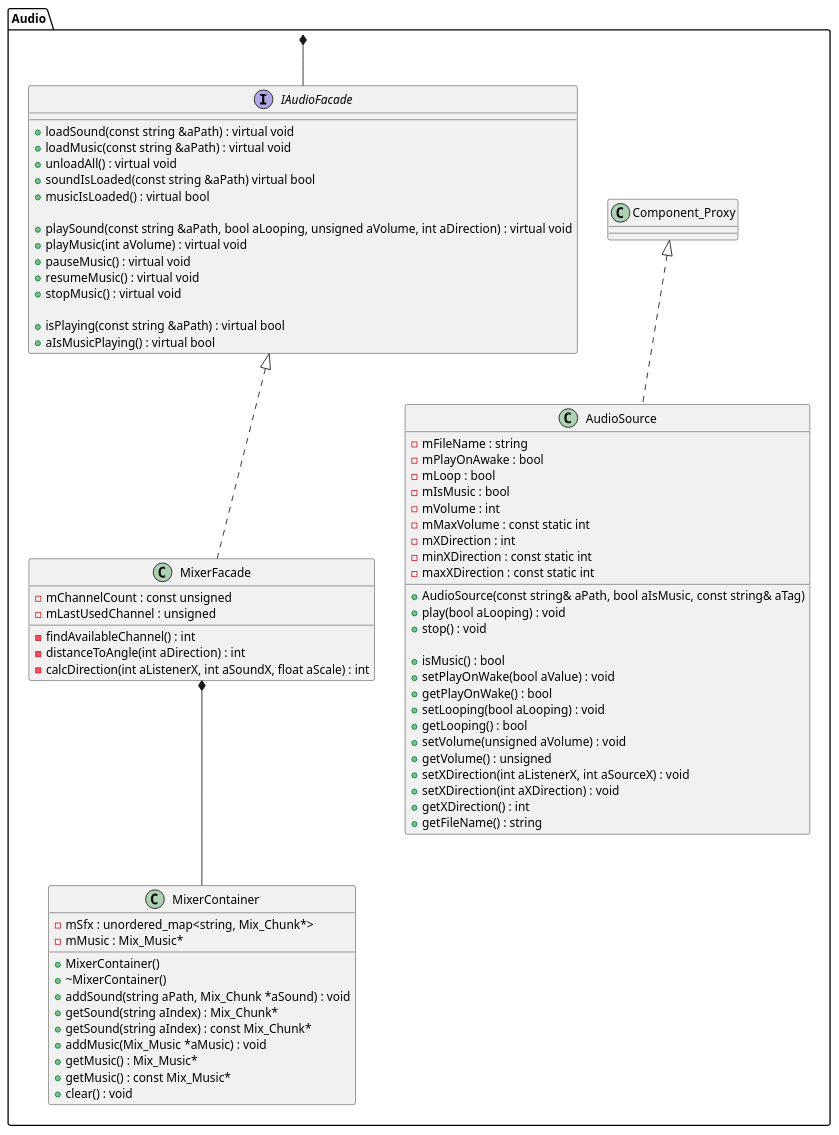
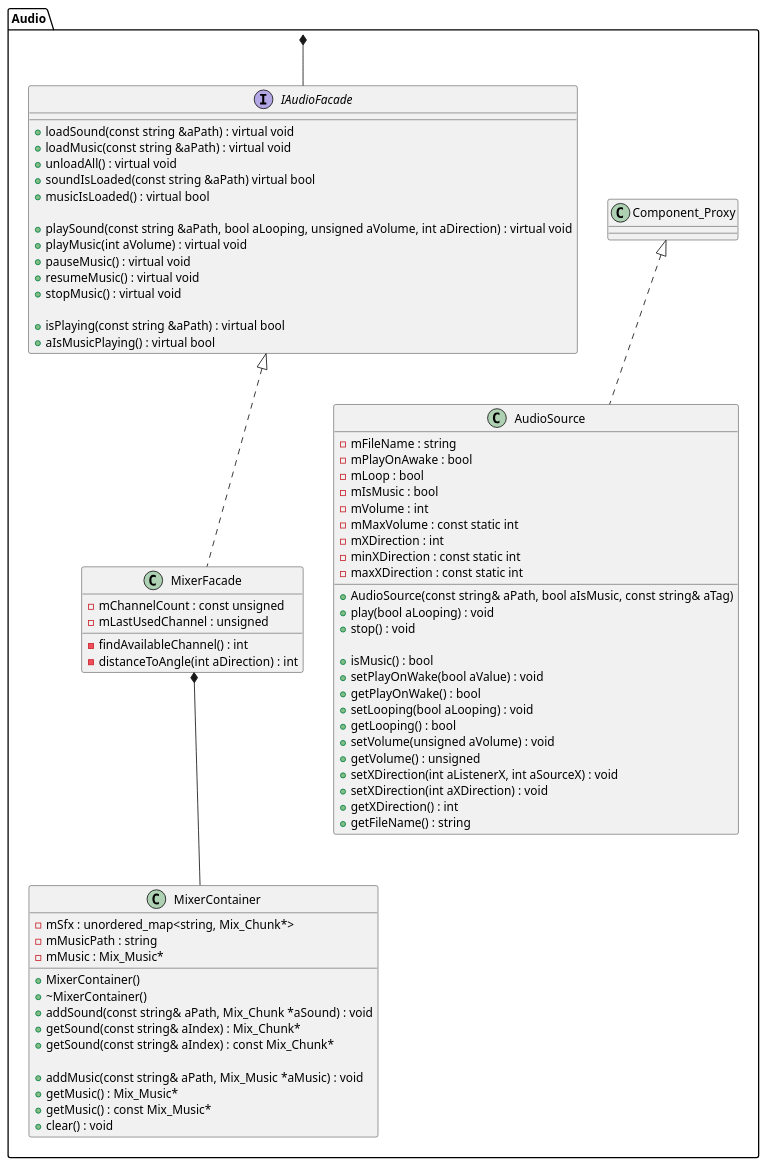
The diagram in docs/Diagrams/classDiagramPackages/audioPackage.puml (Seger01/GameEngine), drawn with PlantUML before and after one commit. The commit also changed 2 other files, not shown here.

Commit message:
Updated mixercontainer class diagram

```diff
--- a/docs/Diagrams/classDiagramPackages/audioPackage.puml
+++ b/docs/Diagrams/classDiagramPackages/audioPackage.puml
@@ -1,79 +1,80 @@
 @startuml audioPackageClassDiagram
 
 package Audio{
     class Component_Proxy {}
 
 class AudioSource implements Component_Proxy{
     - mFileName : string
     - mPlayOnAwake : bool
     - mLoop : bool
     - mIsMusic : bool
     - mVolume : int
     - mMaxVolume : const static int
     - mXDirection : int
     - minXDirection : const static int
     - maxXDirection : const static int
 
     + AudioSource(const string& aPath, bool aIsMusic, const string& aTag)
     + play(bool aLooping) : void
     + stop() : void 
 
     + isMusic() : bool
     + setPlayOnWake(bool aValue) : void
     + getPlayOnWake() : bool
     + setLooping(bool aLooping) : void
     + getLooping() : bool
     + setVolume(unsigned aVolume) : void
     + getVolume() : unsigned
     + setXDirection(int aListenerX, int aSourceX) : void
     + setXDirection(int aXDirection) : void
     + getXDirection() : int
     + getFileName() : string
 }
 
 interface IAudioFacade {
     + loadSound(const string &aPath) : virtual void
     + loadMusic(const string &aPath) : virtual void
     + unloadAll() : virtual void
     + soundIsLoaded(const string &aPath) virtual bool
     + musicIsLoaded() : virtual bool
     
     + playSound(const string &aPath, bool aLooping, unsigned aVolume, int aDirection) : virtual void
     + playMusic(int aVolume) : virtual void
 	+ pauseMusic() : virtual void
 	+ resumeMusic() : virtual void
 	+ stopMusic() : virtual void
     
     + isPlaying(const string &aPath) : virtual bool
     + aIsMusicPlaying() : virtual bool
 }
 
 class MixerFacade implements IAudioFacade {
     - mChannelCount : const unsigned
     - mLastUsedChannel : unsigned
     - findAvailableChannel() : int
     - distanceToAngle(int aDirection) : int
-    - calcDirection(int aListenerX, int aSoundX, float aScale) : int
 }
 
 class MixerContainer {
     - mSfx : unordered_map<string, Mix_Chunk*>
+    - mMusicPath : string
     - mMusic : Mix_Music*
     + MixerContainer()
     + ~MixerContainer()
-    + addSound(string aPath, Mix_Chunk *aSound) : void
-    + getSound(string aIndex) : Mix_Chunk*
-    + getSound(string aIndex) : const Mix_Chunk*
-    + addMusic(Mix_Music *aMusic) : void
+    + addSound(const string& aPath, Mix_Chunk *aSound) : void
+    + getSound(const string& aIndex) : Mix_Chunk*
+    + getSound(const string& aIndex) : const Mix_Chunk*
+
+    + addMusic(const string& aPath, Mix_Music *aMusic) : void
     + getMusic() : Mix_Music*
     + getMusic() : const Mix_Music*
     + clear() : void
 }
 
 MixerFacade *-- MixerContainer
 
 }
 
 Audio *--IAudioFacade
 
 @enduml
```
